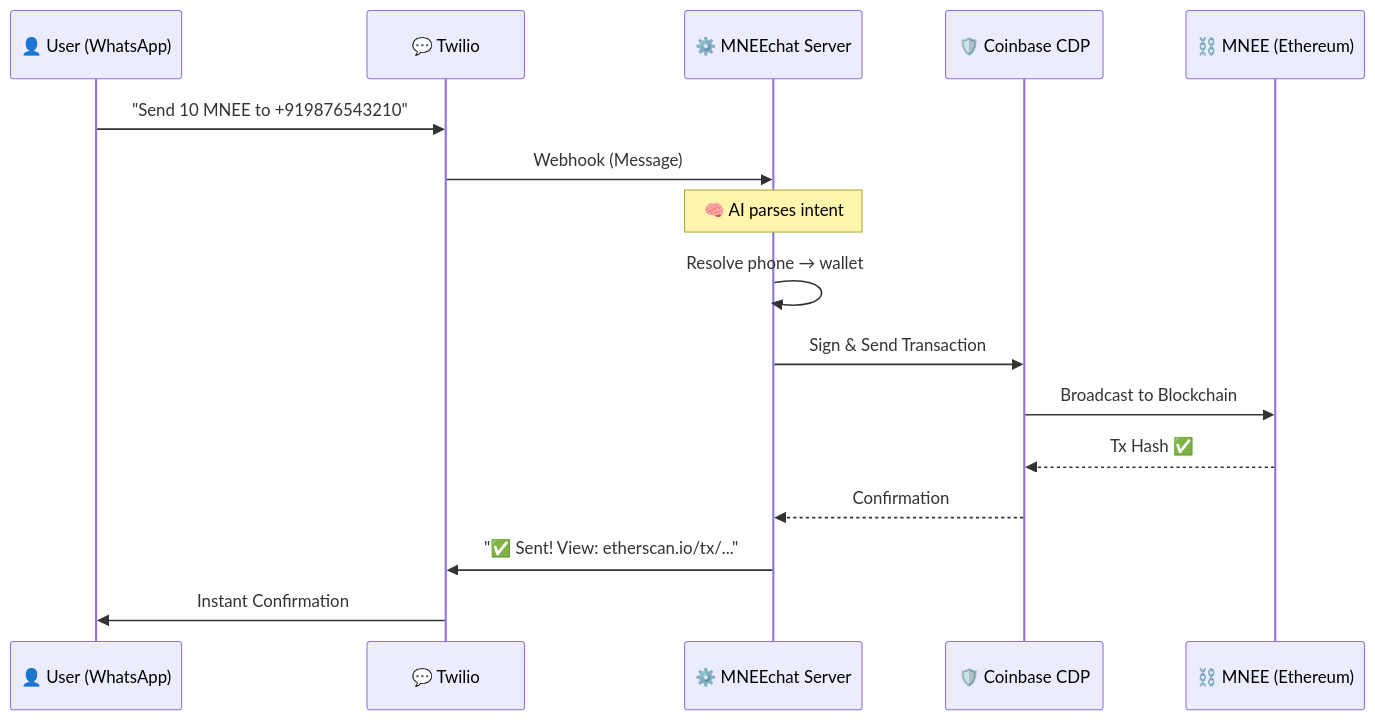
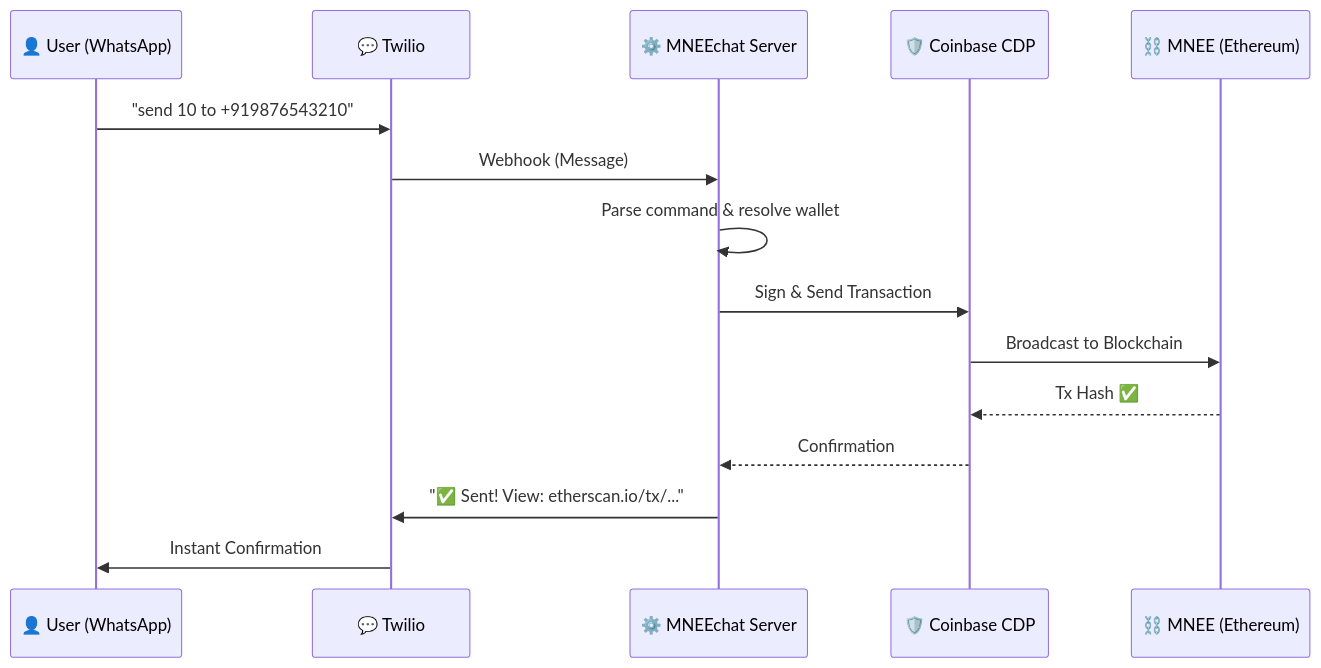
Before and after one commit to xaviersharwin10/mnee-chat: the diagram in README.md, drawn with Mermaid. The commit also changed other lines of this file, not shown here.

````diff
--- a/README.md
+++ b/README.md
@@ -25,22 +25,18 @@
 ```mermaid
 sequenceDiagram
     participant User as 👤 User (WhatsApp)
     participant Twilio as 💬 Twilio
     participant Server as ⚙️ MNEEchat Server
     participant CDP as 🛡️ Coinbase CDP
     participant Chain as ⛓️ MNEE (Ethereum)
 
-    User->>Twilio: "Send 10 MNEE to +919876543210"
+    User->>Twilio: "send 10 to +919876543210"
     Twilio->>Server: Webhook (Message)
-    
-    Note over Server: 🧠 AI parses intent
-    Server->>Server: Resolve phone → wallet
-    
+    Server->>Server: Parse command & resolve wallet
     Server->>CDP: Sign & Send Transaction
     CDP->>Chain: Broadcast to Blockchain
     Chain-->>CDP: Tx Hash ✅
     CDP-->>Server: Confirmation
-    
     Server->>Twilio: "✅ Sent! View: etherscan.io/tx/..."
     Twilio->>User: Instant Confirmation
 ```
````
